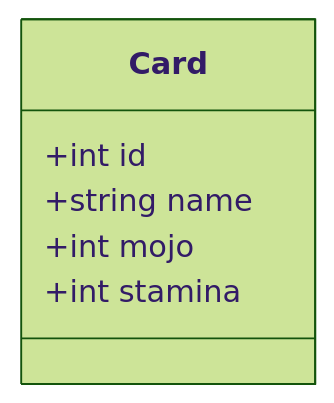
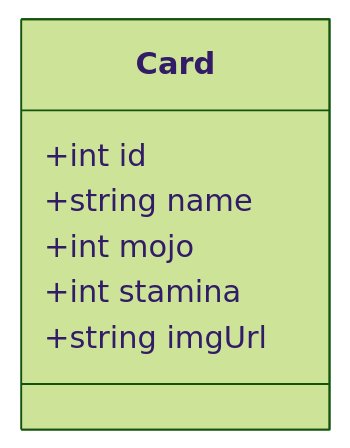
The third of 5 diagrams in README.md (t4nz456/mojo-the-summoning), drawn with Mermaid (forest theme) before and after one commit. The commit also changed other lines of this file, not shown here.

````diff
--- a/README.md
+++ b/README.md
@@ -53,9 +73,10 @@
 ```mermaid
 classDiagram
   class Card {
     +int id
     +string name
     +int mojo
     +int stamina
+    +string imgUrl
   }
 ```
````
